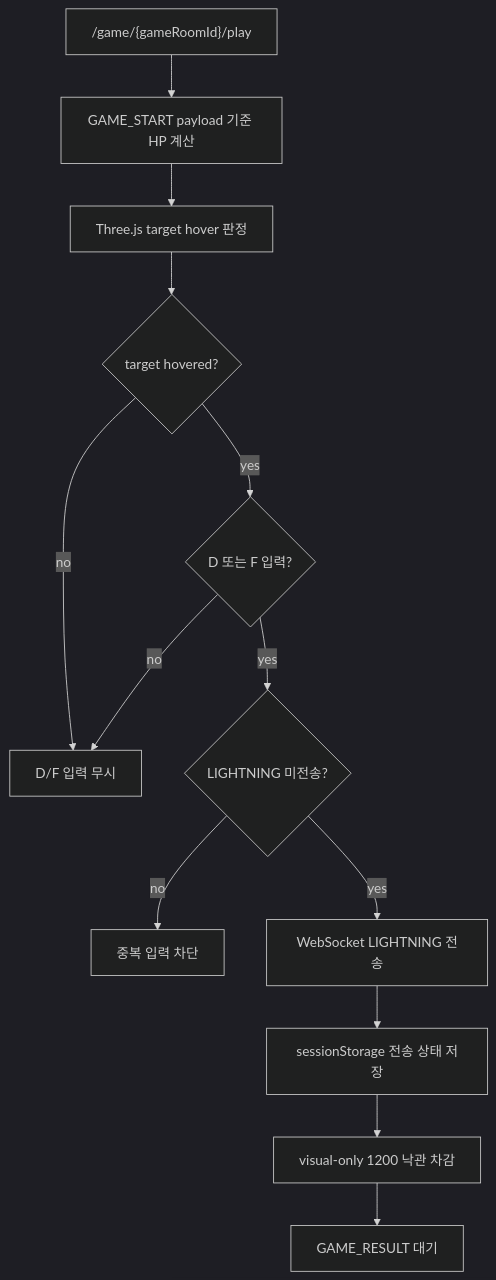
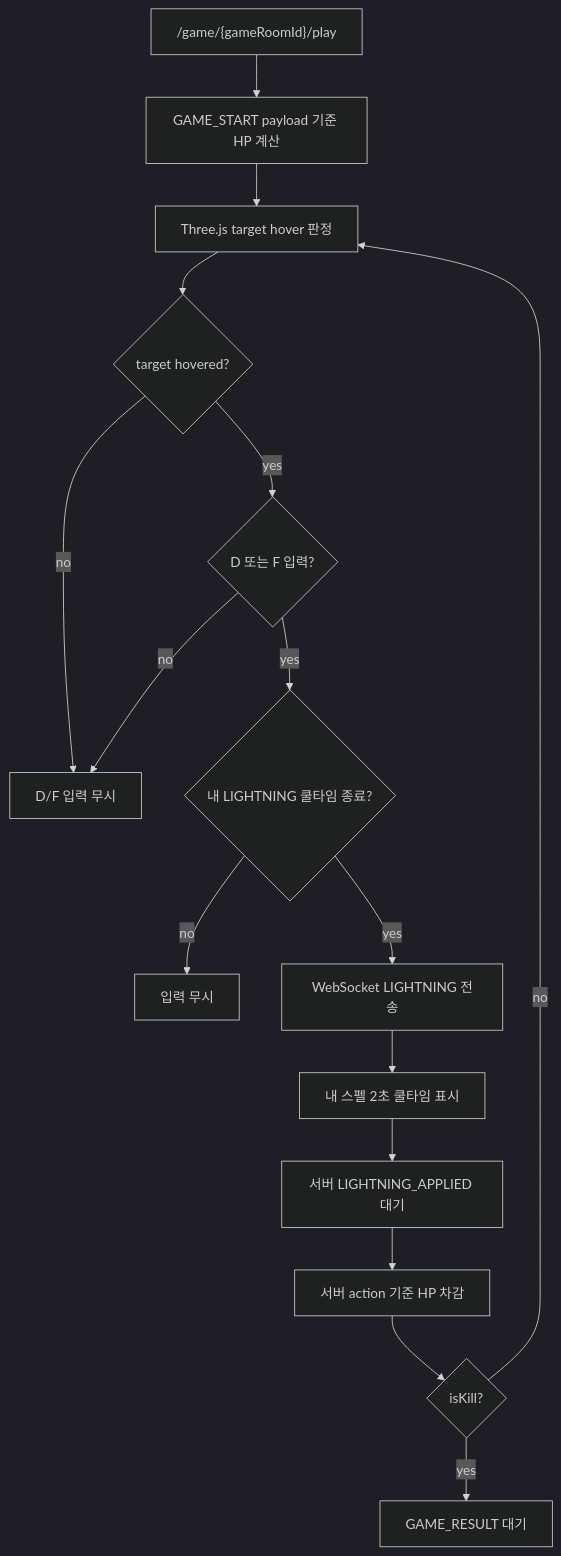
One commit to moonwhistle/League-of-Star changed the first of 2 diagrams in docs/antigravity/frontend/issue-92-lightning-combat-input-ui.md. Above: the diagram before and after it, drawn with Mermaid (dark theme). The commit also changed other lines of this file and 7 other files, not shown here.

````diff
--- a/docs/antigravity/frontend/issue-92-lightning-combat-input-ui.md
+++ b/docs/antigravity/frontend/issue-92-lightning-combat-input-ui.md
@@ -7,15 +7,18 @@
 ```mermaid
 flowchart TD
     A["/game/{gameRoomId}/play"] --> B["GAME_START payload 기준 HP 계산"]
     B --> C["Three.js target hover 판정"]
     C --> D{"target hovered?"}
     D -->|no| E["D/F 입력 무시"]
     D -->|yes| F{"D 또는 F 입력?"}
     F -->|no| E
-    F -->|yes| G{"LIGHTNING 미전송?"}
-    G -->|no| H["중복 입력 차단"]
+    F -->|yes| G{"내 LIGHTNING 쿨타임 종료?"}
+    G -->|no| H["입력 무시"]
     G -->|yes| I["WebSocket LIGHTNING 전송"]
-    I --> J["sessionStorage 전송 상태 저장"]
-    J --> K["visual-only 1200 낙관 차감"]
-    K --> L["GAME_RESULT 대기"]
+    I --> J["내 스펠 2초 쿨타임 표시"]
+    J --> K["서버 LIGHTNING_APPLIED 대기"]
+    K --> L["서버 action 기준 HP 차감"]
+    L --> M{"isKill?"}
+    M -->|yes| N["GAME_RESULT 대기"]
+    M -->|no| C
 ```
````
